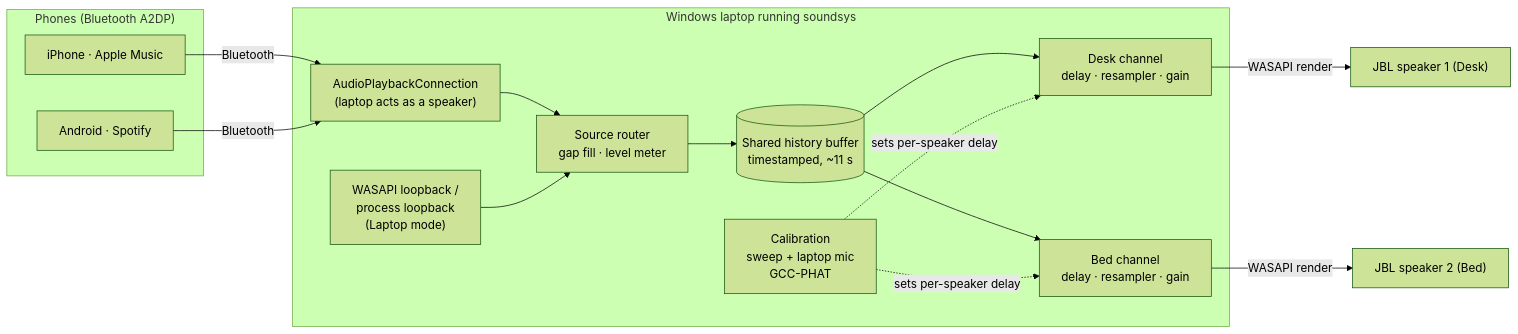
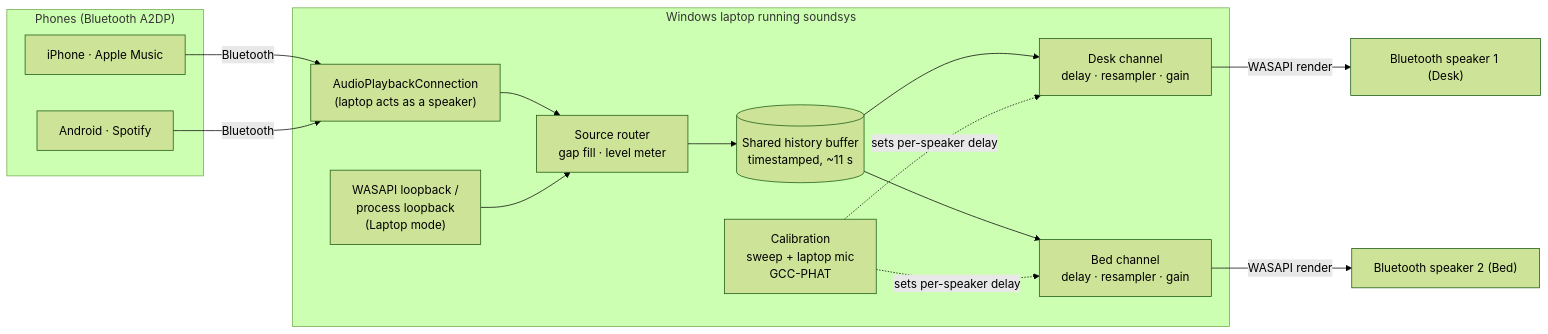
One commit to ishaanmakam/soundsys changed the diagram in README.md. Above: the diagram before and after it, drawn with Mermaid (forest theme). The commit also changed other lines of this file and 11 other files, not shown here.

First line of the commit message:
Speakers: pick any two Bluetooth speakers (not JBL by name), skip headphones; double-click launchers; docs for Terrain Mini + Clip 4

````diff
--- a/README.md
+++ b/README.md
@@ -11,28 +11,28 @@
 ```mermaid
 flowchart LR
     subgraph Phones["Phones (Bluetooth A2DP)"]
         P1["iPhone · Apple Music"]
         P2["Android · Spotify"]
     end
     subgraph Laptop["Windows laptop running soundsys"]
         APC["AudioPlaybackConnection<br/>(laptop acts as a speaker)"]
         LB["WASAPI loopback /<br/>process loopback<br/>(Laptop mode)"]
         SRC["Source router<br/>gap fill · level meter"]
         HB[("Shared history buffer<br/>timestamped, ~11 s")]
         CA["Desk channel<br/>delay · resampler · gain"]
         CB["Bed channel<br/>delay · resampler · gain"]
         CAL["Calibration<br/>sweep + laptop mic<br/>GCC-PHAT"]
     end
-    J1["JBL speaker 1 (Desk)"]
-    J2["JBL speaker 2 (Bed)"]
+    J1["Bluetooth speaker 1 (Desk)"]
+    J2["Bluetooth speaker 2 (Bed)"]
 
     P1 -- Bluetooth --> APC
     P2 -- Bluetooth --> APC
     APC --> SRC
     LB --> SRC
     SRC --> HB
     HB --> CA -- "WASAPI render" --> J1
     HB --> CB -- "WASAPI render" --> J2
     CAL -. "sets per-speaker delay" .-> CA
     CAL -. "sets per-speaker delay" .-> CB
 ```
````
